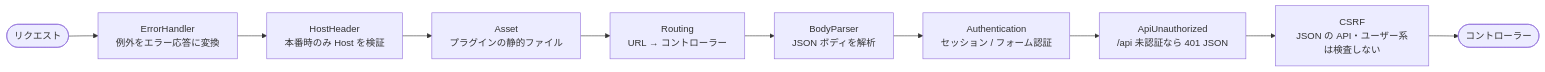
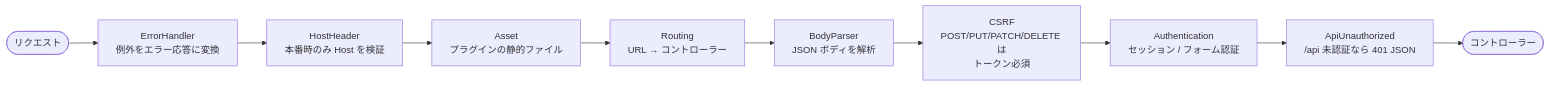
Before and after one commit to moritam/cakephp-test: the third of 10 diagrams in docs/ARCHITECTURE.md, drawn with Mermaid. The commit also changed other lines of this file and 8 other files, not shown here.

````diff
--- a/docs/ARCHITECTURE.md
+++ b/docs/ARCHITECTURE.md
@@ -69,12 +69,12 @@
 ```mermaid
 flowchart LR
     Req([リクエスト]) --> E["ErrorHandler<br/>例外をエラー応答に変換"]
     E --> H["HostHeader<br/>本番時のみ Host を検証"]
     H --> A["Asset<br/>プラグインの静的ファイル"]
     A --> R["Routing<br/>URL → コントローラー"]
     R --> BP["BodyParser<br/>JSON ボディを解析"]
-    BP --> Au["Authentication<br/>セッション / フォーム認証"]
+    BP --> C["CSRF<br/>POST/PUT/PATCH/DELETE は<br/>トークン必須"]
+    C --> Au["Authentication<br/>セッション / フォーム認証"]
     Au --> AU["ApiUnauthorized<br/>/api 未認証なら 401 JSON"]
-    AU --> C["CSRF<br/>JSON の API・ユーザー系は検査しない"]
-    C --> Ctrl([コントローラー])
+    AU --> Ctrl([コントローラー])
 ```
````
